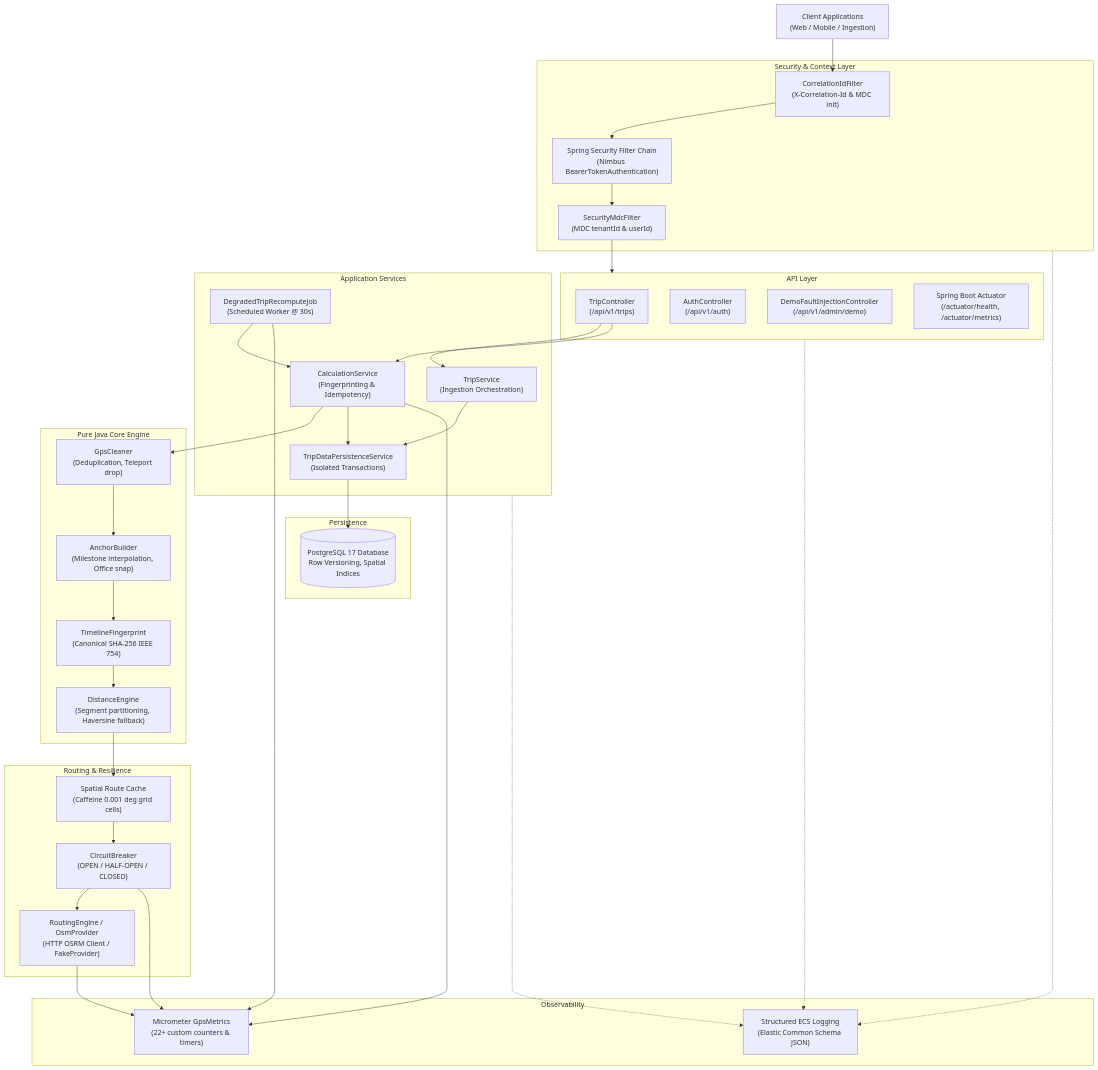
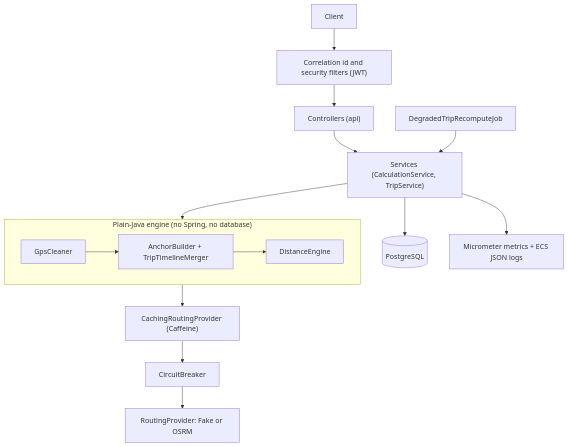
Before and after one commit to Nikita-krishnia/gps-distance-reconstruction-engine: the diagram in README.md, drawn with Mermaid. The commit also changed other lines of this file and 12 other files, not shown here.

````diff
--- a/README.md
+++ b/README.md
@@ -15,62 +168,19 @@
 ```mermaid
 flowchart TD
-    Client["Client Applications<br>(Web / Mobile / Ingestion)"]
-    
-    subgraph Security ["Security & Context Layer"]
-        Corr["CorrelationIdFilter<br>(X-Correlation-Id & MDC init)"]
-        Sec["Spring Security Filter Chain<br>(Nimbus BearerTokenAuthentication)"]
-        MDC["SecurityMdcFilter<br>(MDC tenantId & userId)"]
-    end
-    
-    subgraph Controllers ["API Layer"]
-        TripCtrl["TripController<br>(/api/v1/trips)"]
-        AuthCtrl["AuthController<br>(/api/v1/auth)"]
-        DemoCtrl["DemoFaultInjectionController<br>(/api/v1/admin/demo)"]
-        Actuator["Spring Boot Actuator<br>(/actuator/health, /actuator/metrics)"]
-    end
-    
-    subgraph Services ["Application Services"]
-        TripSvc["TripService<br>(Ingestion Orchestration)"]
-        CalcSvc["CalculationService<br>(Fingerprinting & Idempotency)"]
-        PersistSvc["TripDataPersistenceService<br>(Isolated Transactions)"]
-        RecomputeJob["DegradedTripRecomputeJob<br>(Scheduled Worker @ 30s)"]
-    end
-    
-    subgraph Engine ["Pure Java Core Engine"]
-        Cleaner["GpsCleaner<br>(Deduplication, Teleport drop)"]
-        Anchor["AnchorBuilder<br>(Milestone interpolation, Office snap)"]
-        Dist["DistanceEngine<br>(Segment partitioning, Haversine fallback)"]
-        Fingerprint["TimelineFingerprint<br>(Canonical SHA-256 IEEE 754)"]
-    end
-    
-    subgraph Routing ["Routing & Resilience"]
-        Router["RoutingEngine / OsmProvider<br>(HTTP OSRM Client / FakeProvider)"]
-        Cache["Spatial Route Cache<br>(Caffeine 0.001 deg grid cells)"]
-        Breaker["CircuitBreaker<br>(OPEN / HALF-OPEN / CLOSED)"]
-    end
-    
-    subgraph Storage ["Persistence"]
-        Postgres[(PostgreSQL 17 Database<br>Row Versioning, Spatial Indices)]
-    end
-    
-    subgraph Observability ["Observability"]
-        Metrics["Micrometer GpsMetrics<br>(22+ custom counters & timers)"]
-        Logs["Structured ECS Logging<br>(Elastic Common Schema JSON)"]
+    Client["Client"] --> Filters["Correlation id and security filters (JWT)"]
+    Filters --> Controllers["Controllers (api)"]
+    Controllers --> Services["Services (CalculationService, TripService)"]
+    Services --> Engine
+    Services --> DB[("PostgreSQL")]
+    Job["DegradedTripRecomputeJob"] --> Services
+
+    subgraph Engine ["Plain-Java engine (no Spring, no database)"]
+        direction LR
+        Cleaner["GpsCleaner"] --> Anchors["AnchorBuilder + TripTimelineMerger"] --> Dist["DistanceEngine"]
     end
 
-    Client --> Corr --> Sec --> MDC --> Controllers
-    TripCtrl --> TripSvc --> PersistSvc
-    TripCtrl --> CalcSvc
-    CalcSvc --> Cleaner --> Anchor --> Fingerprint --> Dist
-    Dist --> Cache --> Breaker --> Router
-    PersistSvc --> Postgres
-    RecomputeJob --> CalcSvc
-    CalcSvc --> PersistSvc
-    CalcSvc --> Metrics
-    Router --> Metrics
-    Breaker --> Metrics
-    RecomputeJob --> Metrics
-    Security -.-> Logs
-    Controllers -.-> Logs
-    Services -.-> Logs
+    Dist --> Cache["CachingRoutingProvider (Caffeine)"]
+    Cache --> Breaker["CircuitBreaker"]
+    Breaker --> Provider["RoutingProvider: Fake or OSRM"]
+    Services --> Metrics["Micrometer metrics + ECS JSON logs"]
 ```
````
